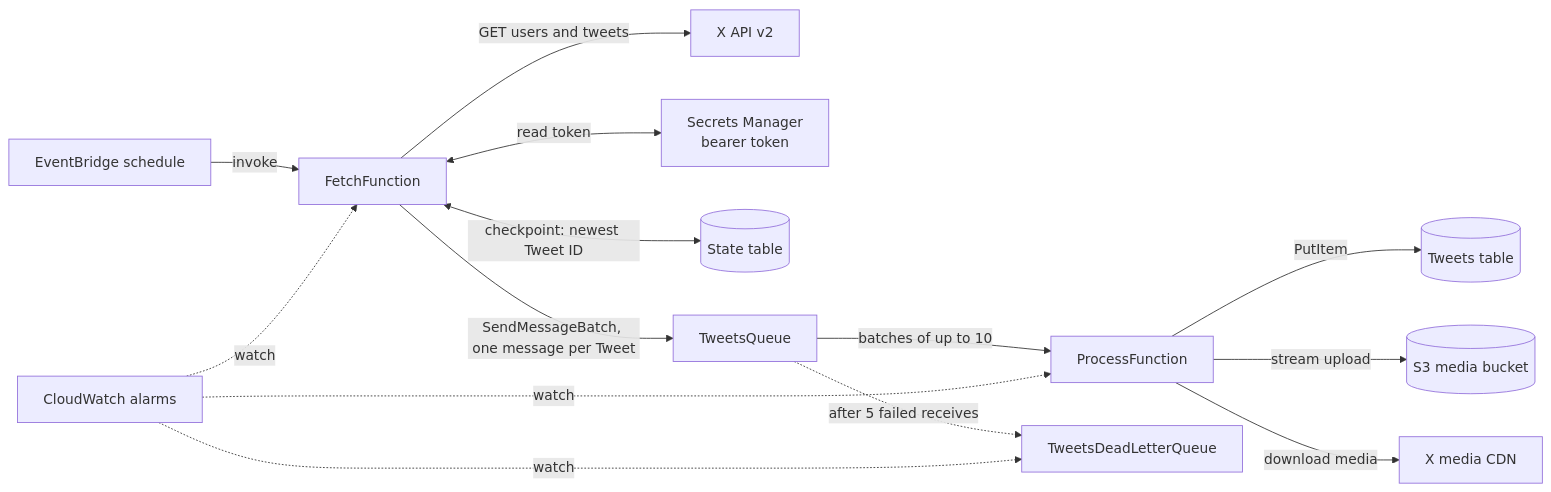
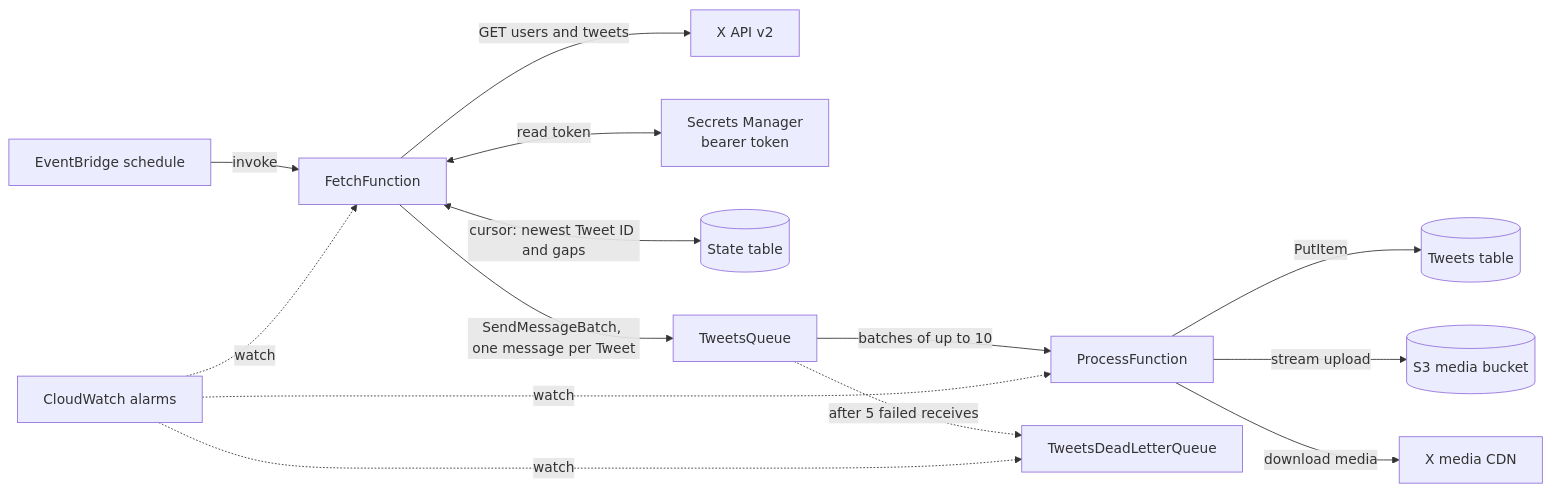
One commit to evonnec/twitter_timeline_data_pipeline changed the diagram in README.md. Above: the diagram before and after it, drawn with Mermaid. The commit also changed other lines of this file and 9 other files, not shown here.

````diff
--- a/README.md
+++ b/README.md
@@ -18,16 +18,16 @@
 ```mermaid
 flowchart LR
     EB[EventBridge schedule] -->|invoke| F[FetchFunction]
     F -->|GET users and tweets| X[X API v2]
     F <-->|read token| SM[Secrets Manager<br/>bearer token]
-    F <-->|checkpoint: newest Tweet ID| ST[(State table)]
+    F <-->|cursor: newest Tweet ID and gaps| ST[(State table)]
     F -->|SendMessageBatch, one message per Tweet| Q[TweetsQueue]
     Q -->|batches of up to 10| P[ProcessFunction]
     Q -.->|after 5 failed receives| DLQ[TweetsDeadLetterQueue]
     P -->|PutItem| TT[(Tweets table)]
     P -->|stream upload| S3[(S3 media bucket)]
     P -->|download media| CDN[X media CDN]
     CW[CloudWatch alarms] -.->|watch| DLQ
     CW -.->|watch| F
     CW -.->|watch| P
 ```
````
